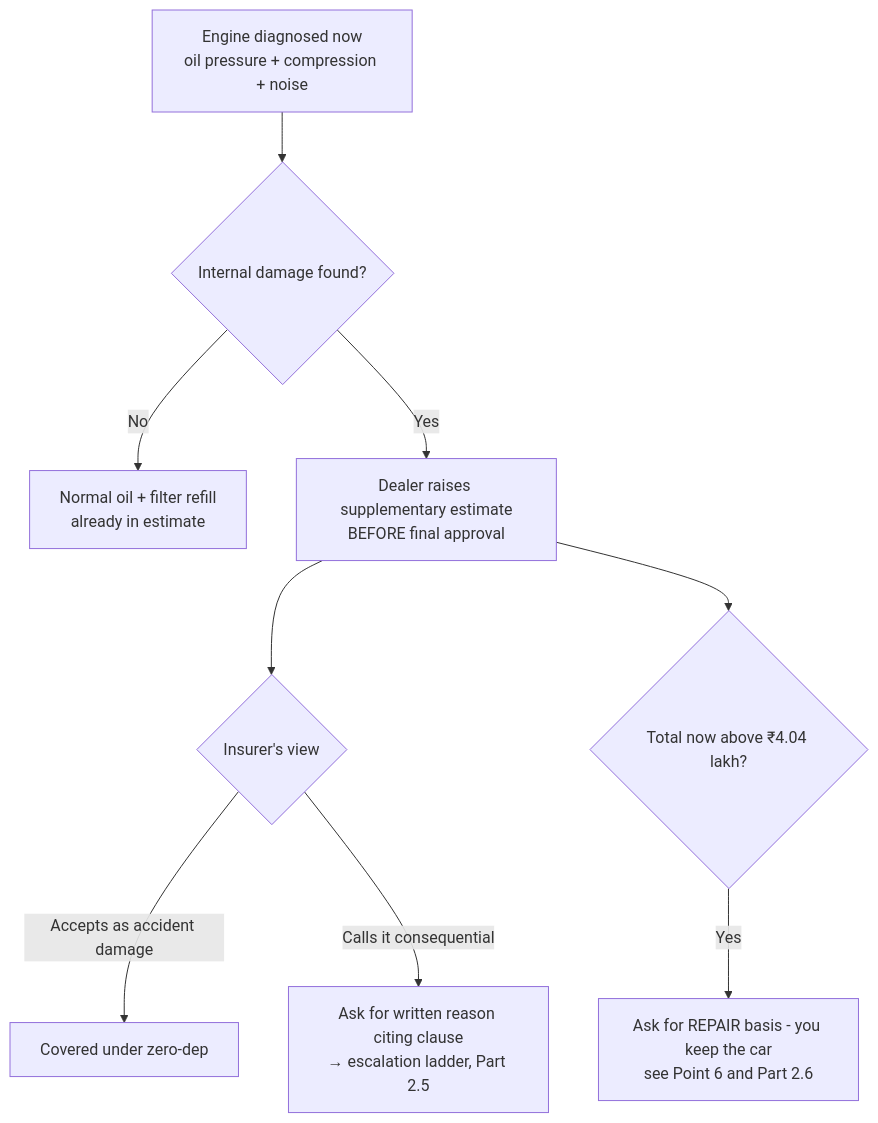
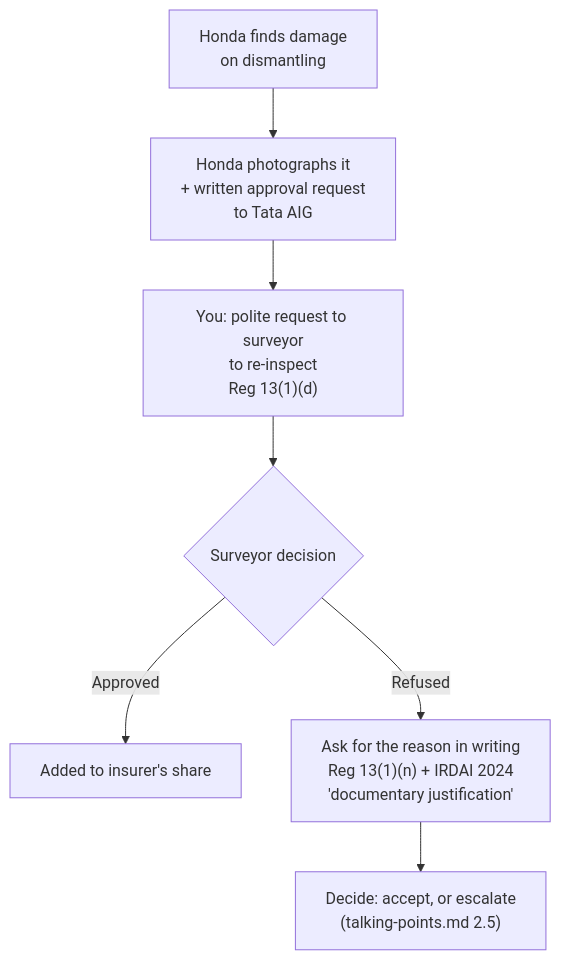
One commit to wpn10/agent-skills changed the second of 2 diagrams in talking-points.md. Above: the diagram before and after it, drawn with Mermaid. The commit also changed other lines of this file, not shown here.

````diff
--- a/talking-points.md
+++ b/talking-points.md
@@ -262,11 +117,9 @@
 ```mermaid
 flowchart TD
-    E1["Engine diagnosed now<br/>oil pressure + compression + noise"] --> E2{"Internal damage found?"}
-    E2 -- No --> OK["Normal oil + filter refill<br/>already in estimate"]
-    E2 -- Yes --> SUP["Dealer raises supplementary estimate<br/>BEFORE final approval"]
-    SUP --> INS{"Insurer's view"}
-    INS -- "Accepts as accident damage" --> PAY["Covered under zero-dep"]
-    INS -- "Calls it consequential" --> DIS["Ask for written reason citing clause<br/>→ escalation ladder, Part 2.5"]
-    SUP --> CTLC{"Total now above ₹4.04 lakh?"}
-    CTLC -- Yes --> CTLX["Ask for REPAIR basis - you keep the car<br/>see Point 6 and Part 2.6"]
+    H["Honda finds damage<br/>on dismantling"] --> P["Honda photographs it<br/>+ written approval request<br/>to Tata AIG"]
+    P --> Y["You: polite request to surveyor<br/>to re-inspect<br/>Reg 13(1)(d)"]
+    Y --> R{"Surveyor decision"}
+    R -- Approved --> OK["Added to insurer's share"]
+    R -- Refused --> W["Ask for the reason in writing<br/>Reg 13(1)(n) + IRDAI 2024<br/>'documentary justification'"]
+    W --> E["Decide: accept, or escalate<br/>(talking-points.md 2.5)"]
 ```
````
